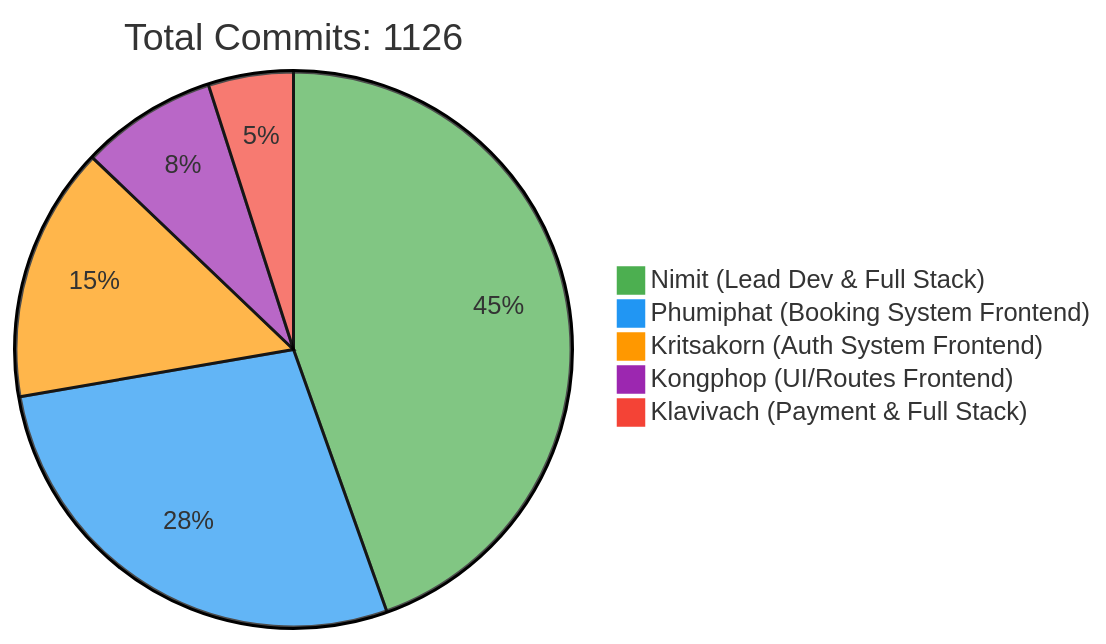
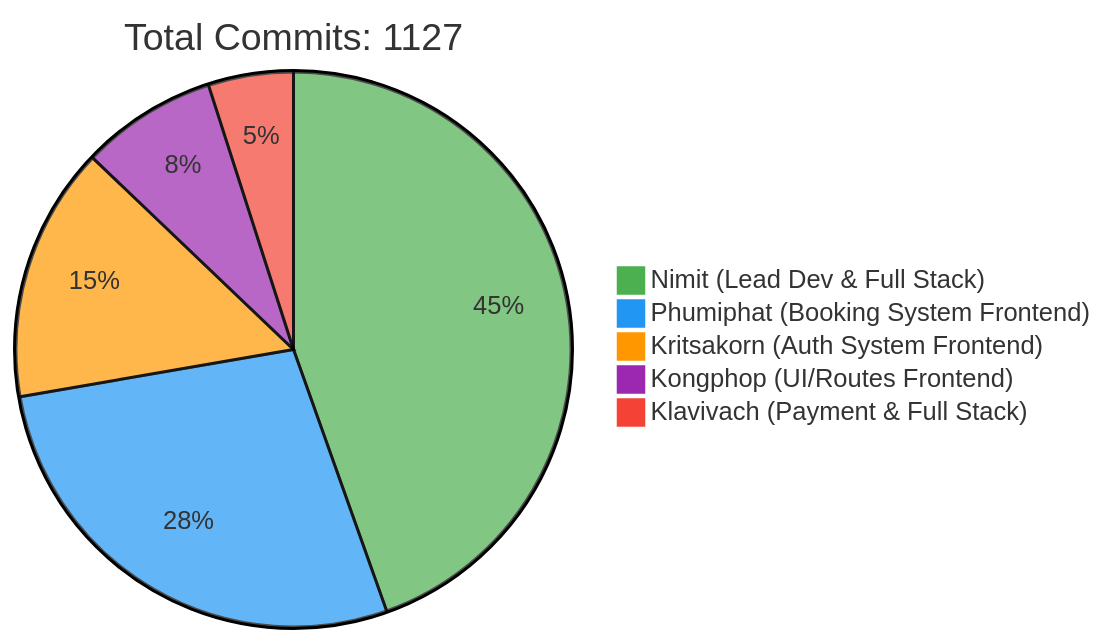
The first of 2 diagrams in README.md (6531503042/Sport-Complex), drawn with Mermaid before and after one commit. The commit also changed other lines of this file, not shown here.

Commit message:
docs: Update contributor statistics [skip ci]

````diff
--- a/README.md
+++ b/README.md
@@ -257,10 +257,10 @@
 ```mermaid
 %%{init: {'theme': 'base', 'themeVariables': { 'pie1': '#4CAF50', 'pie2': '#2196F3', 'pie3': '#FF9800', 'pie4': '#9C27B0', 'pie5': '#F44336'}}}%%
 pie
-    title Total Commits: 1126
+    title Total Commits: 1127
     "Nimit (Lead Dev & Full Stack)" : 450
     "Phumiphat (Booking System Frontend)" : 280
     "Kritsakorn (Auth System Frontend)" : 150
     "Kongphop (UI/Routes Frontend)" : 80
     "Klavivach (Payment & Full Stack)" : 50
 ```
````
